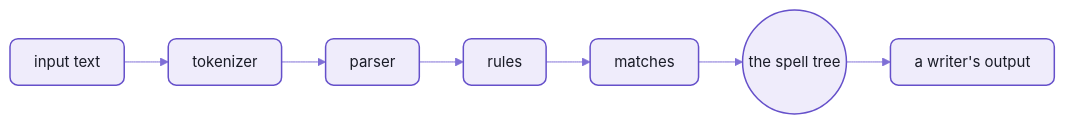
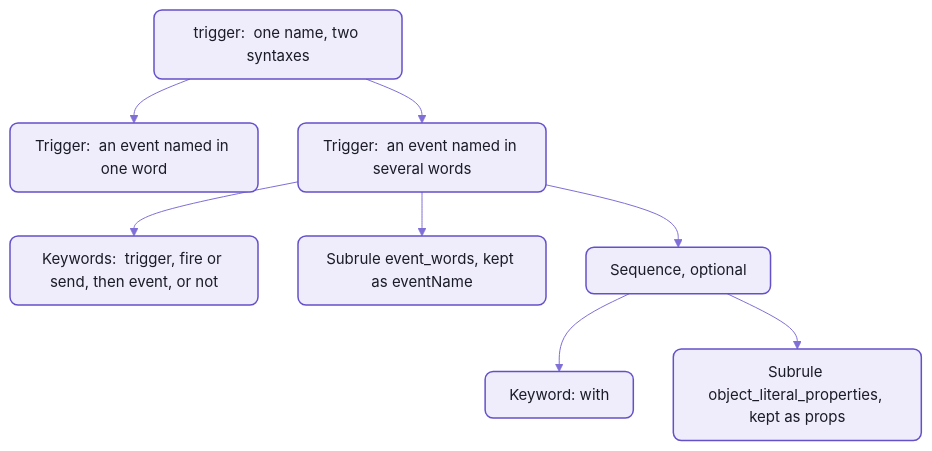
Before and after one commit to spell-app/spell: the second of 3 diagrams in parser/README-parser.md, drawn with Mermaid. The commit also changed other lines of this file and 7 other files, not shown here.

````diff
--- a/parser/README-parser.md
+++ b/parser/README-parser.md
@@ -12,12 +176,13 @@
 ```mermaid
 %%{init: {"theme":"base","themeVariables":{"fontFamily":"-apple-system, BlinkMacSystemFont, Segoe UI, Helvetica, Arial, sans-serif","fontSize":"15px","primaryColor":"#EFECFB","primaryBorderColor":"#6550CA","primaryTextColor":"#1A1C27","secondaryColor":"#F4F1E9","tertiaryColor":"#F7F6FC","lineColor":"#7F6FD6","textColor":"#7F6FD6","clusterBkg":"#F7F6FC","clusterBorder":"#B9B0E8","titleColor":"#1A1C27","edgeLabelBackground":"#F7F6FC","actorBkg":"#EFECFB","actorBorder":"#6550CA","actorTextColor":"#1A1C27","actorLineColor":"#9C90DE","signalColor":"#7F6FD6","signalTextColor":"#7F6FD6","labelBoxBkgColor":"#EFECFB","labelBoxBorderColor":"#6550CA","labelTextColor":"#1A1C27","loopTextColor":"#7F6FD6","noteBkgColor":"#F1E7D4","noteBorderColor":"#C9B48A","noteTextColor":"#1A1C27","activationBkgColor":"#DCD6F7","activationBorderColor":"#6550CA","sequenceNumberColor":"#FFFFFF"},"flowchart":{"curve":"basis","padding":12,"nodeSpacing":40,"rankSpacing":44}}}%%
-flowchart LR
-  input[input text] --> tokenizer[tokenizer]
-  tokenizer --> parser[parser]
-  parser --> rules[rules]
-  rules --> matches[matches]
-  matches --> ast((the spell tree))
-  ast --> output[a writer's output]
+flowchart TB
+  group["trigger:  one name, two syntaxes"] --> first["Trigger:  an event named in one word"]
+  group --> second["Trigger:  an event named in several words"]
+  second --> words["Keywords:  trigger, fire or send, then event, or not"]
+  second --> name["Subrule event_words, kept as eventName"]
+  second --> with["Sequence, optional"]
+  with --> kw["Keyword:  with"]
+  with --> props["Subrule object_literal_properties, kept as props"]
   %% the Spell look:  yarn mermaid:pretty
   classDef default fill:#EFECFB,stroke:#6550CA,stroke-width:1.5px,color:#1A1C27,rx:8px,ry:8px
 ```
````
